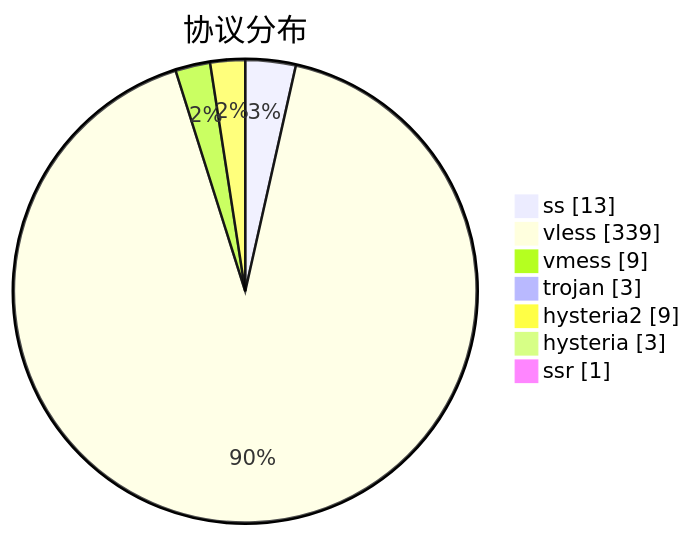
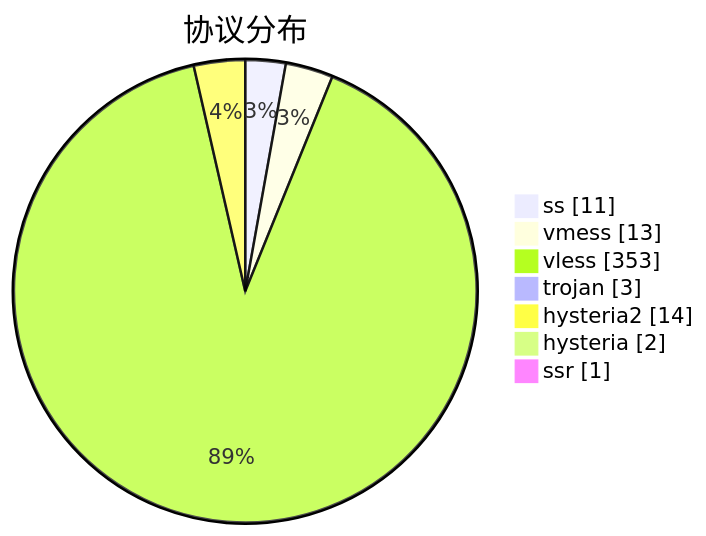
One commit to sinspired/airport changed the third of 3 diagrams in subs/statistics/tested_within.md. Above: the diagram before and after it, drawn with Mermaid. The commit also changed other lines of this file and 2 other files, not shown here.

````diff
--- a/subs/statistics/tested_within.md
+++ b/subs/statistics/tested_within.md
@@ -39,11 +40,11 @@
 ```mermaid
 pie showData
 title 协议分布
-"ss" : 13
-"vless" : 339
-"vmess" : 9
+"ss" : 11
+"vmess" : 13
+"vless" : 353
 "trojan" : 3
-"hysteria2" : 9
-"hysteria" : 3
+"hysteria2" : 14
+"hysteria" : 2
 "ssr" : 1
 ```
````
